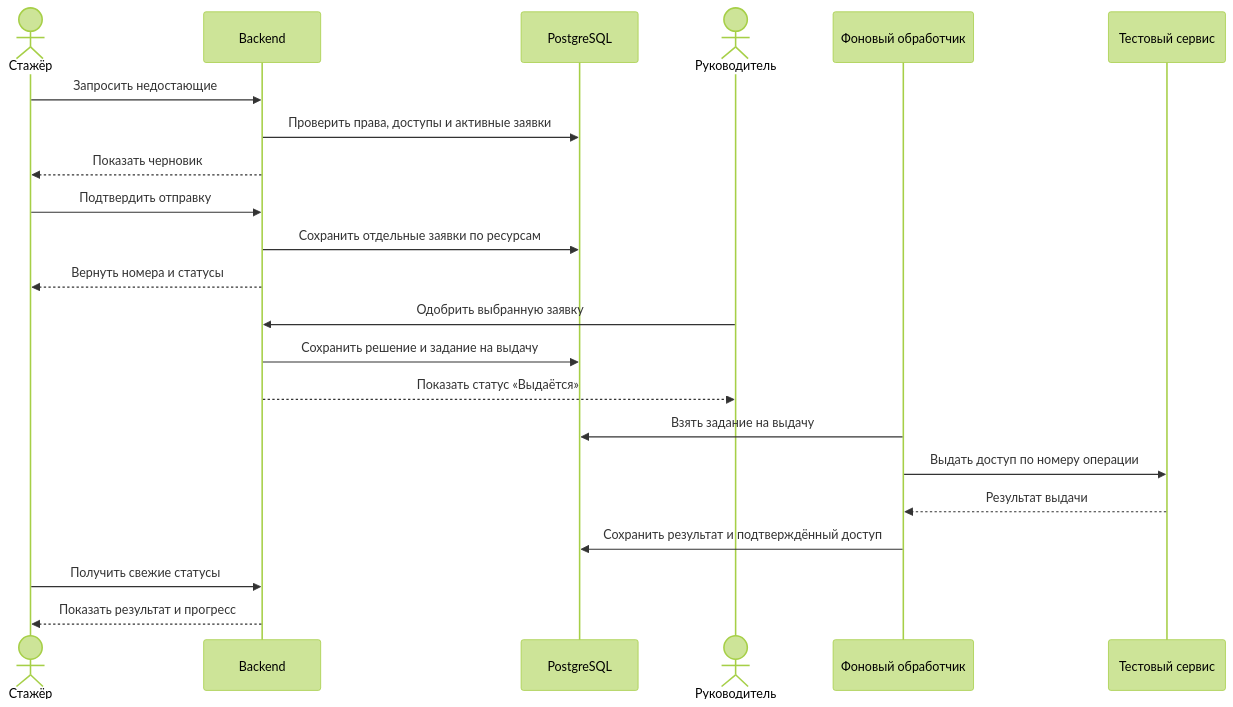
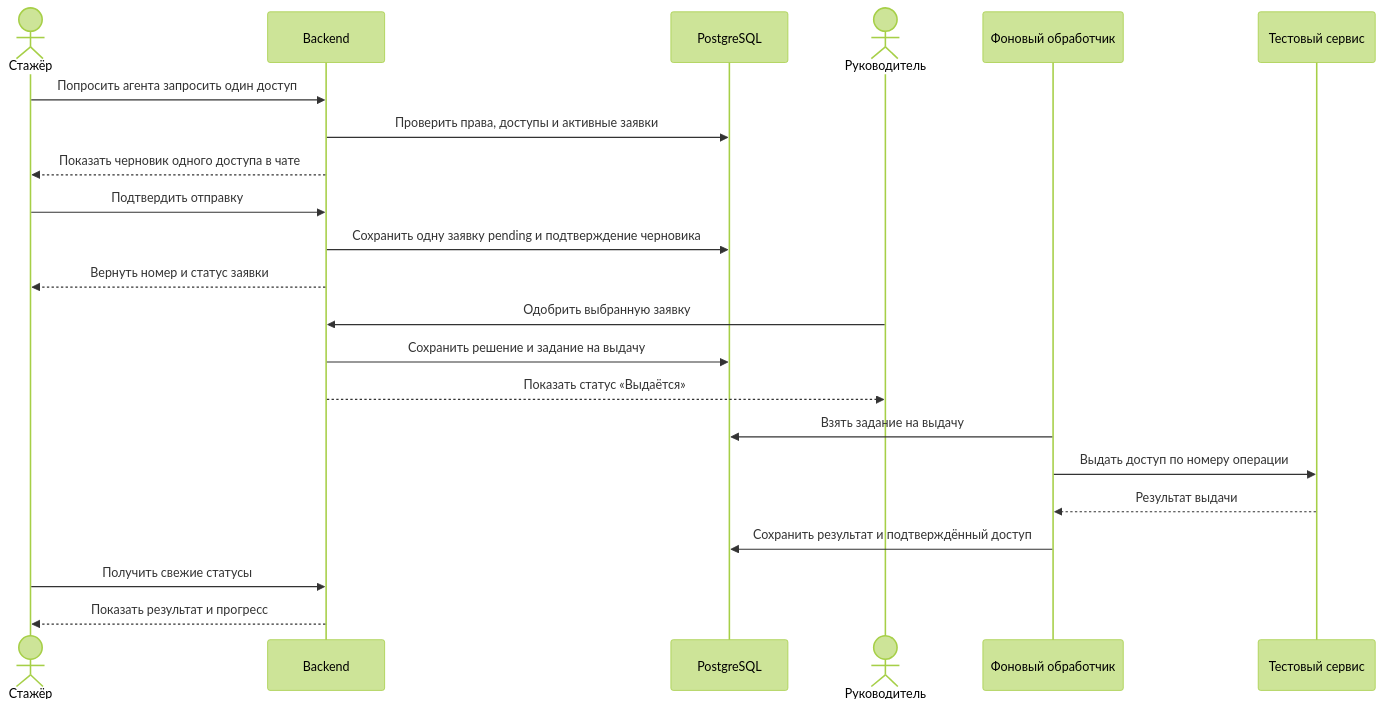
One commit to 1BaEdeV/am-cp-ai-buddy changed the second of 2 diagrams in docs/architecture.md. Above: the diagram before and after it, drawn with Mermaid (forest theme). The commit also changed other lines of this file and 51 other files, not shown here.

````diff
--- a/docs/architecture.md
+++ b/docs/architecture.md
@@ -54,25 +54,25 @@
 ```mermaid
 sequenceDiagram
     actor Intern as Стажёр
     participant API as Backend
     participant DB as PostgreSQL
     actor Manager as Руководитель
     participant Worker as Фоновый обработчик
     participant Provider as Тестовый сервис
 
-    Intern->>API: Запросить недостающие
+    Intern->>API: Попросить агента запросить один доступ
     API->>DB: Проверить права, доступы и активные заявки
-    API-->>Intern: Показать черновик
+    API-->>Intern: Показать черновик одного доступа в чате
     Intern->>API: Подтвердить отправку
-    API->>DB: Сохранить отдельные заявки по ресурсам
-    API-->>Intern: Вернуть номера и статусы
+    API->>DB: Сохранить одну заявку pending и подтверждение черновика
+    API-->>Intern: Вернуть номер и статус заявки
     Manager->>API: Одобрить выбранную заявку
     API->>DB: Сохранить решение и задание на выдачу
     API-->>Manager: Показать статус «Выдаётся»
     Worker->>DB: Взять задание на выдачу
     Worker->>Provider: Выдать доступ по номеру операции
     Provider-->>Worker: Результат выдачи
     Worker->>DB: Сохранить результат и подтверждённый доступ
     Intern->>API: Получить свежие статусы
     API-->>Intern: Показать результат и прогресс
 ```
````
